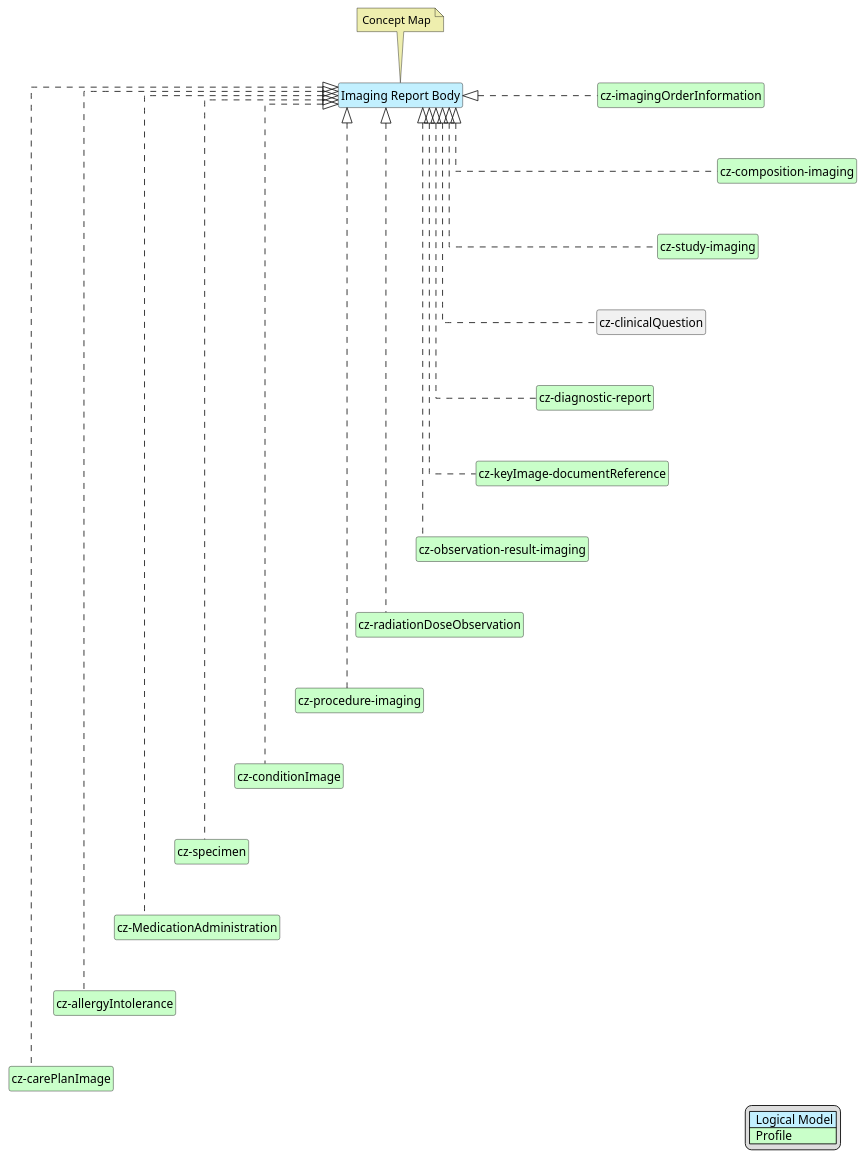
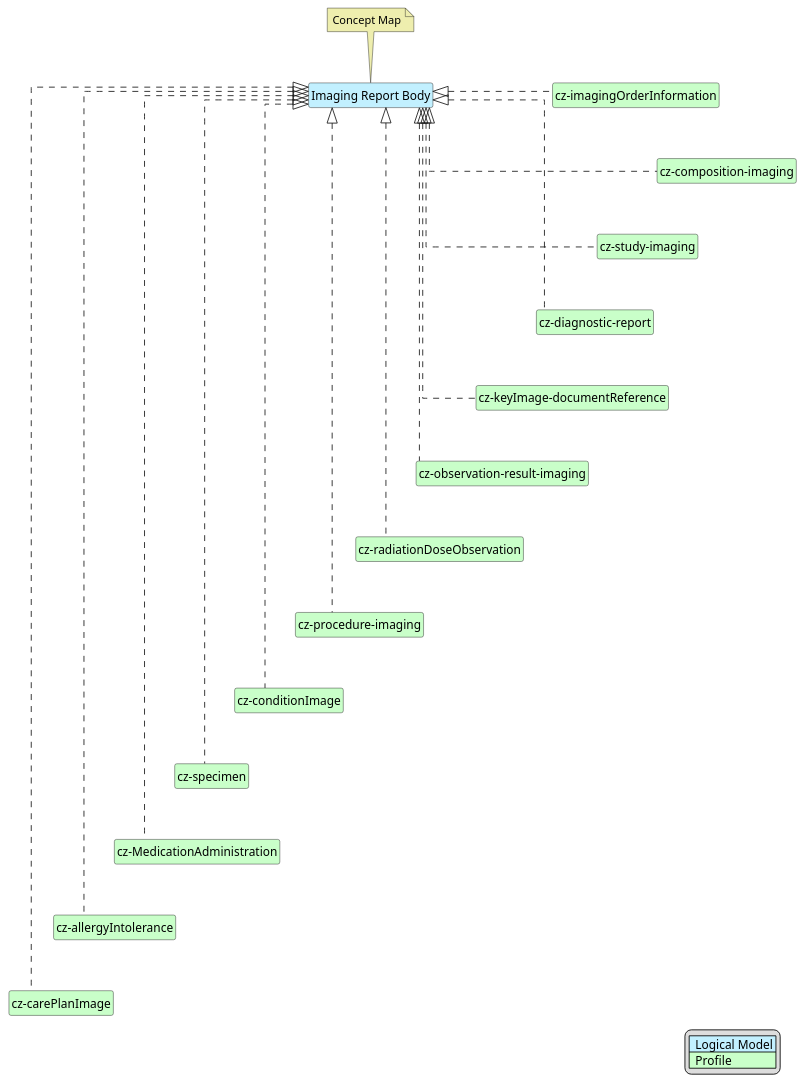
Before and after one commit to HL7-cz/img: the diagram in input/images-source/imgReportBody-map.plantuml, drawn with PlantUML. The commit also changed 5 other files, not shown here.

Commit message:
Fix mapping and graphs

```diff
--- a/input/images-source/imgReportBody-map.plantuml
+++ b/input/images-source/imgReportBody-map.plantuml
@@ -1,86 +1,84 @@
 @startuml
 hide circle
 hide stereotype
 hide members
 hide methods
 skinparam linetype ortho
 skinparam class {
 BackgroundColor<<LogicalModel>> #APPLICATION
 BackgroundColor<<Profile>> #TECHNOLOGY
 }
 legend right
 | <#APPLICATION>  Logical Model |
 | <#TECHNOLOGY>  Profile |
 endlegend
 class "Imaging Report Body" <<LogicalModel>> [[StructureDefinition-BodyImagingReportCz.html]]
 note top #EEEEAE [[ConceptMap-BodyImagingReport2FHIR-cz.html]]
 Concept Map
 endnote
 
 class "cz-composition-imaging" <<Profile>> [[StructureDefinition-cz-composition-imaging.html]]
 class "cz-imagingOrderInformation" <<Profile>> [[StructureDefinition-cz-imagingOrderInformation.html]]
 class "cz-conditionImage" <<Profile>> [[StructureDefinition-cz-conditionImage.html]]
 'class "cz-encounter" <<Profile>> [[StructureDefinition-cz-encounter.html]]
 class "cz-study-imaging" <<Profile>> [[StructureDefinition-cz-study-imaging.html]]
 class "cz-procedure-imaging" <<Profile>> [[StructureDefinition-cz-procedure-imaging.html]]
 class "cz-diagnostic-report" <<Profile>> [[StructureDefinition-cz-diagnostic-report.html]]
 class "cz-keyImage-documentReference" <<Profile>> [[StructureDefinition-cz-keyImage-documentReference.html]]
 class "cz-observation-result-imaging" <<Profile>> [[StructureDefinition-cz-observation-result-imaging.html]]
 class "cz-radiationDoseObservation" <<Profile>> [[StructureDefinition-cz-radiationDoseObservation.html]]
 'class "cz-coverage" <<Profile>> [[https://build.fhir.org/ig/HL7-cz/cz-core/StructureDefinition-cz-coverage.html]]
 'class "cz-appointment" <<Profile>> [[StructureDefinition-cz-appointment.html]]
 class "cz-specimen" <<Profile>> [[https://build.fhir.org/ig/HL7-cz/cz-core/StructureDefinition-cz-specimen.html]]
 'class "cz-observationImage" <<Profile>> [[StructureDefinition-cz-observationImage.html]]
 'class "cz-bodyweight" <<Profile>> [[StructureDefinition-cz-bodyweight.html]]
 'class "cz-bodyheight" <<Profile>> [[StructureDefinition-cz-bodyheight.html]]
 class "cz-MedicationAdministration" <<Profile>> [[StructureDefinition-cz-MedicationAdministration.html]]
 'class "cz-deviceUseStatement" <<Profile>> [[StructureDefinition-cz-deviceUseStatement.html]]
 class "cz-allergyIntolerance" <<Profile>> [[https://build.fhir.org/ig/HL7-cz/cz-core/StructureDefinition-cz-allergyIntolerance.html]]
 class "cz-carePlanImage" <<Profile>> [[StructureDefinition-cz-carePlanImage.html]]
 
 "Imaging Report Body" <|. "cz-imagingOrderInformation"
 "Imaging Report Body" <|. "cz-composition-imaging"
 "Imaging Report Body" <|. "cz-study-imaging"
-"Imaging Report Body" <|. "cz-clinicalQuestion"
 "Imaging Report Body" <|. "cz-procedure-imaging"
 "Imaging Report Body" <|. "cz-diagnostic-report"
 "Imaging Report Body" <|. "cz-keyImage-documentReference"
 "Imaging Report Body" <|. "cz-observation-result-imaging"
 "Imaging Report Body" <|. "cz-radiationDoseObservation"
 '"Imaging Report Body" <|. "cz-appointment"
 '"Imaging Report Body" <|. "cz-coverage"
 "Imaging Report Body" <|. "cz-conditionImage"
 '"Imaging Report Body" <|. "cz-encounter"
 "Imaging Report Body" <|. "cz-specimen"
 '"Imaging Report Body" <|. "cz-observationImage"
 '"Imaging Report Body" <|. "cz-bodyweight"
 '"Imaging Report Body" <|. "cz-bodyheight"
 "Imaging Report Body" <|. "cz-MedicationAdministration"
 '"Imaging Report Body" <|. "cz-deviceUseStatement"
 "Imaging Report Body" <|. "cz-allergyIntolerance"
 "Imaging Report Body" <|. "cz-carePlanImage"
 
 "cz-imagingOrderInformation" -d[hidden]-> "cz-composition-imaging"
 "cz-composition-imaging" -d[hidden]-> "cz-study-imaging"
-"cz-study-imaging" -d[hidden]-> "cz-clinicalQuestion"
-"cz-clinicalQuestion" -d[hidden]-> "cz-diagnostic-report"
+"cz-study-imaging" -d[hidden]-> "cz-diagnostic-report"
 "cz-diagnostic-report" -d[hidden]-> "cz-keyImage-documentReference"
 "cz-keyImage-documentReference" -d[hidden]-> "cz-observation-result-imaging"
 "cz-observation-result-imaging" -d[hidden]-> "cz-radiationDoseObservation"
 "cz-radiationDoseObservation" -d[hidden]-> "cz-procedure-imaging"
 "cz-procedure-imaging" -d[hidden]-> "cz-conditionImage"
 "cz-conditionImage" -d[hidden]-> "cz-specimen"
 '"cz-conditionImage" -d[hidden]-> "cz-appointment"
 '"cz-appointment" -d[hidden]-> "cz-coverage"
 '"cz-coverage" -d[hidden]-> "cz-specimen"
 "cz-specimen" -d[hidden]-> "cz-MedicationAdministration"
 '"cz-specimen" -d[hidden]-> "cz-observationImage"
 '"cz-observationImage" -d[hidden]-> "cz-bodyweight"
 '"cz-bodyweight" -d[hidden]-> "cz-bodyheight"
 '"cz-bodyheight" -d[hidden]-> "cz-MedicationAdministration"
 '"cz-MedicationAdministration" -d[hidden]-> "cz-deviceUseStatement"
 '"cz-deviceUseStatement" -d[hidden]-> "cz-allergyIntolerance"
 "cz-MedicationAdministration" -d[hidden]-> "cz-allergyIntolerance"
 "cz-allergyIntolerance" -d[hidden]-> "cz-carePlanImage"
 
 @enduml
```
